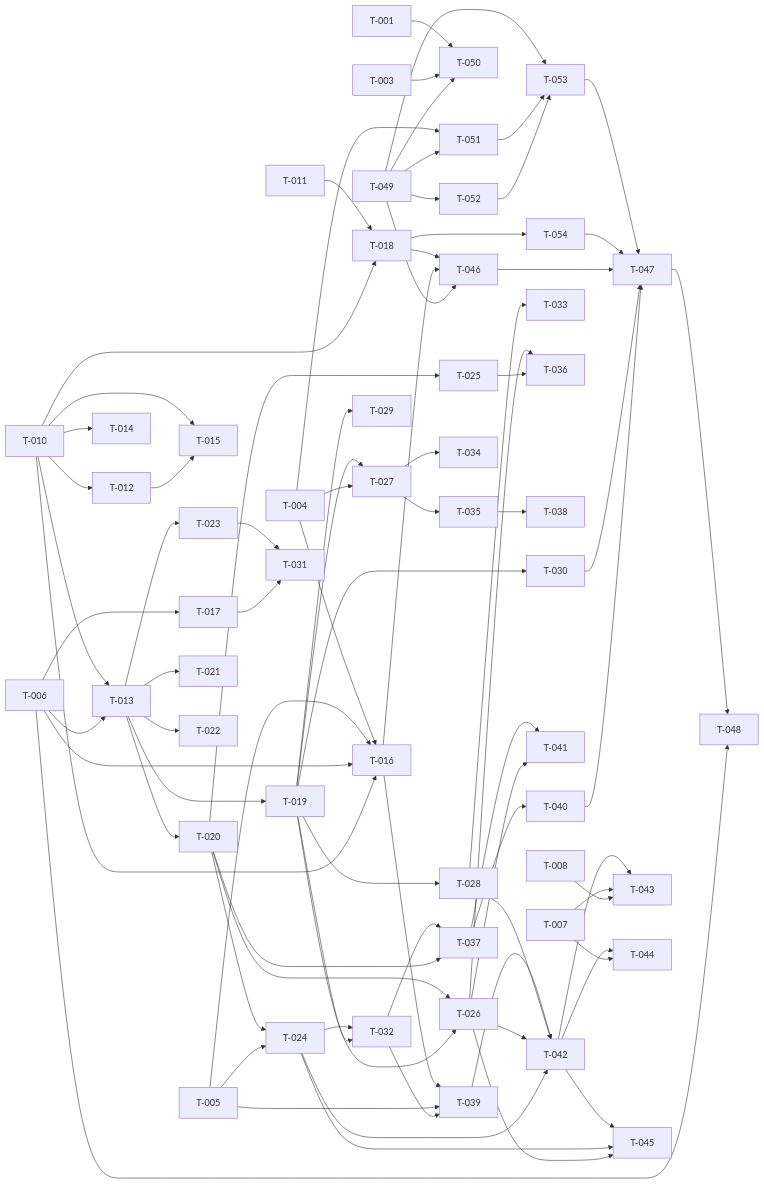
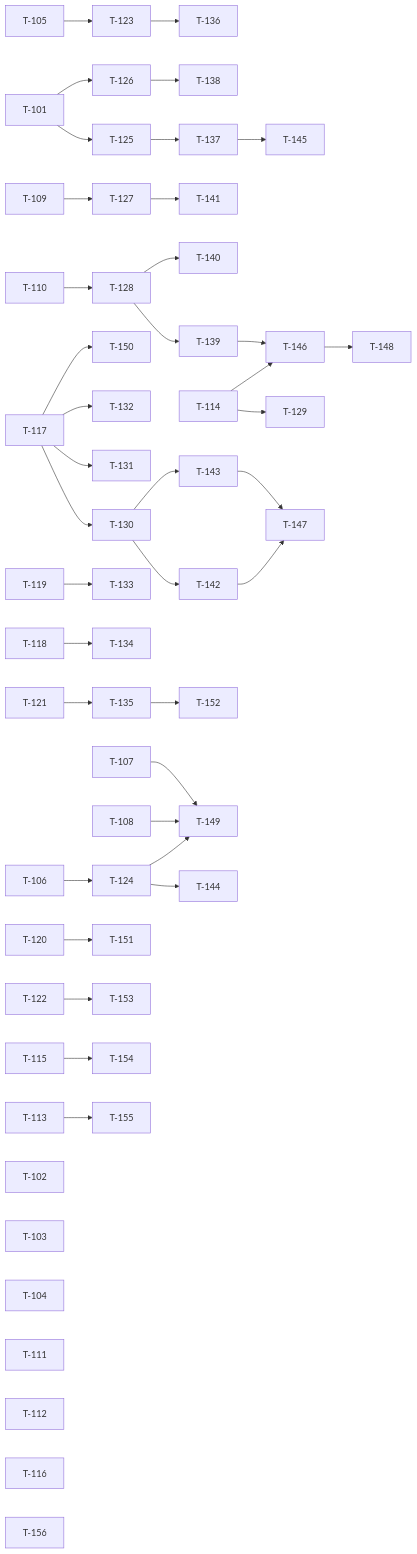
Before and after one commit to NotAlexNoyle/Jihad-Browser: the diagram in context/plans/build-site.md, drawn with Mermaid. The commit also changed other lines of this file and 196 other files, not shown here.

````diff
--- a/context/plans/build-site.md
+++ b/context/plans/build-site.md
@@ -426,90 +159,34 @@
 ```mermaid
 graph LR
-    %% Tier 0
-    T-004 --> T-016
-    T-005 --> T-016
-    T-006 --> T-016
-    T-010 --> T-016
-    T-010 --> T-012
-    T-010 --> T-013
-    T-006 --> T-013
-    T-010 --> T-014
-    T-010 --> T-015
-    T-012 --> T-015
-    T-006 --> T-017
-    T-011 --> T-018
-    T-010 --> T-018
-    %% Tier 1 -> 2
-    T-013 --> T-019
-    T-013 --> T-020
-    T-013 --> T-021
-    T-013 --> T-022
-    T-013 --> T-023
-    T-018 --> T-046
-    T-016 --> T-046
-    T-049 --> T-046
-    %% Mochi UI track + two-ipk / TouchPad Go
-    T-001 --> T-050
-    T-003 --> T-050
-    T-049 --> T-050
-    T-004 --> T-051
-    T-049 --> T-051
-    T-049 --> T-052
-    T-049 --> T-053
-    T-051 --> T-053
-    T-052 --> T-053
-    T-018 --> T-054
-    T-053 --> T-047
-    T-054 --> T-047
-    %% Tier 2 -> 3
-    T-020 --> T-024
-    T-005 --> T-024
-    T-020 --> T-025
-    T-020 --> T-026
-    T-019 --> T-026
-    T-019 --> T-027
-    T-004 --> T-027
-    T-019 --> T-028
-    T-019 --> T-029
-    T-019 --> T-030
-    T-023 --> T-031
-    T-017 --> T-031
-    %% Tier 3 -> 4
-    T-024 --> T-032
-    T-019 --> T-032
-    T-028 --> T-033
-    T-027 --> T-034
-    T-027 --> T-035
-    T-026 --> T-036
-    T-025 --> T-036
-    %% Tier 4 -> 5
-    T-032 --> T-037
-    T-020 --> T-037
-    T-035 --> T-038
-    T-016 --> T-039
-    T-005 --> T-039
-    T-032 --> T-039
-    %% Tier 5 -> 6
-    T-037 --> T-040
-    T-037 --> T-041
-    T-026 --> T-041
-    T-039 --> T-042
-    T-028 --> T-042
-    T-026 --> T-042
-    T-024 --> T-042
-    %% Tier 6 -> 7
-    T-042 --> T-043
-    T-007 --> T-043
-    T-008 --> T-043
-    T-042 --> T-044
-    T-007 --> T-044
-    T-042 --> T-045
-    T-024 --> T-045
-    T-026 --> T-045
-    T-046 --> T-047
-    T-030 --> T-047
-    T-040 --> T-047
-    %% Tier 7 -> 8
-    T-047 --> T-048
-    T-006 --> T-048
+    T-105 --> T-123 --> T-136
+    T-101 --> T-125 --> T-137 --> T-145
+    T-101 --> T-126 --> T-138
+    T-109 --> T-127 --> T-141
+    T-110 --> T-128 --> T-139 --> T-146 --> T-148
+    T-128 --> T-140
+    T-114 --> T-129
+    T-114 --> T-146
+    T-117 --> T-130 --> T-142 --> T-147
+    T-130 --> T-143 --> T-147
+    T-117 --> T-131
+    T-117 --> T-132
+    T-119 --> T-133
+    T-118 --> T-134
+    T-121 --> T-135 --> T-152
+    T-106 --> T-124 --> T-144
+    T-107 --> T-149
+    T-108 --> T-149
+    T-124 --> T-149
+    T-117 --> T-150
+    T-120 --> T-151
+    T-122 --> T-153
+    T-115 --> T-154
+    T-113 --> T-155
+    T-102
+    T-103
+    T-104
+    T-111
+    T-112
+    T-116
+    T-156
 ```
````
